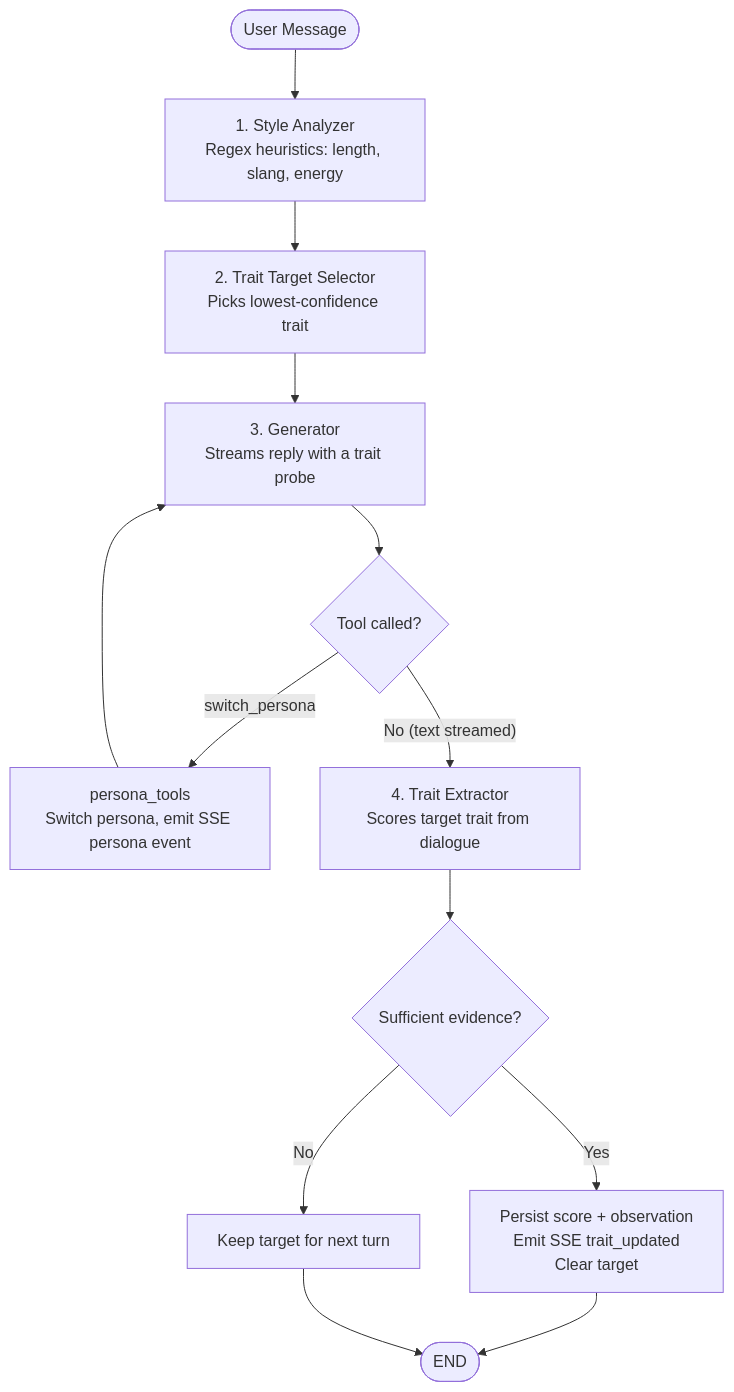
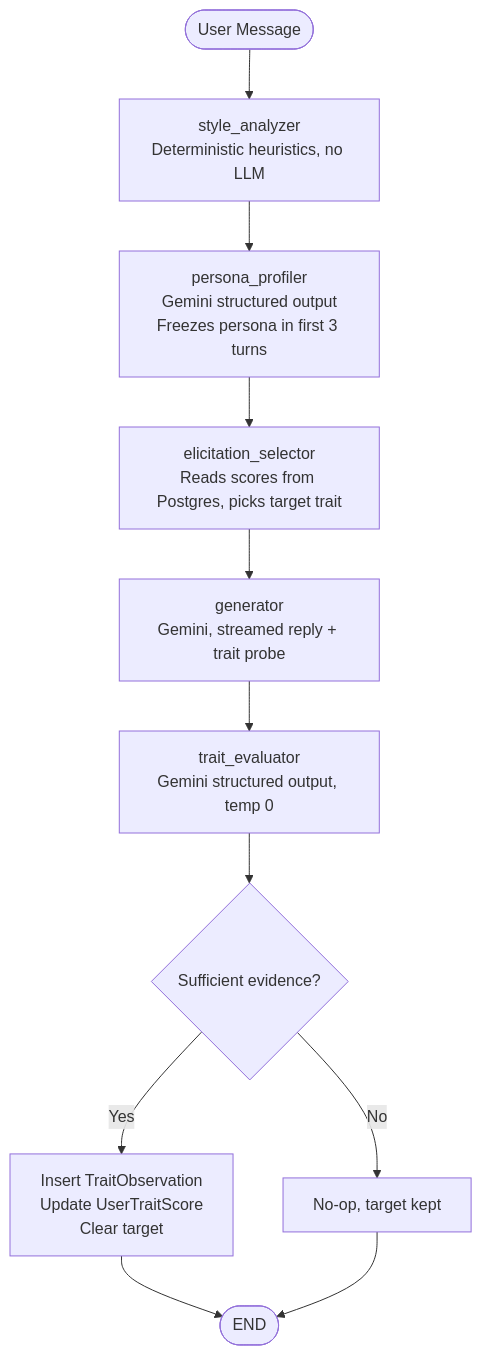
Before and after one commit to bharathraj-v/persona-agent: the diagram in README.md, drawn with Mermaid. The commit also changed other lines of this file and 11 other files, not shown here.

First line of the commit message:
feat(agent): add LLM persona_profiler node to freeze persona in first 3 turns

````diff
--- a/README.md
+++ b/README.md
@@ -13,19 +13,15 @@
 ```mermaid
 flowchart TD
-    START([User Message]) --> SA[1. Style Analyzer<br/>Regex heuristics: length, slang, energy]
-    SA --> TS[2. Trait Target Selector<br/>Picks lowest-confidence trait]
-    TS --> GEN[3. Generator<br/>Streams reply with a trait probe]
-
-    GEN --> ROUTE{Tool called?}
-    ROUTE -- "switch_persona" --> PT[persona_tools<br/>Switch persona, emit SSE persona event]
-    PT --> GEN
-
-    ROUTE -- "No (text streamed)" --> TE[4. Trait Extractor<br/>Scores target trait from dialogue]
+    START([User Message]) --> SA[style_analyzer<br/>Deterministic heuristics, no LLM]
+    SA --> PP[persona_profiler<br/>Gemini structured output<br/>Freezes persona in first 3 turns]
+    PP --> ES[elicitation_selector<br/>Reads scores from Postgres, picks target trait]
+    ES --> GEN[generator<br/>Gemini, streamed reply + trait probe]
+    GEN --> TE[trait_evaluator<br/>Gemini structured output, temp 0]
 
     TE --> EVAL{Sufficient evidence?}
-    EVAL -- Yes --> SAVE[Persist score + observation<br/>Emit SSE trait_updated<br/>Clear target]
-    EVAL -- No --> KEEP[Keep target for next turn]
+    EVAL -- Yes --> SAVE[Insert TraitObservation<br/>Update UserTraitScore<br/>Clear target]
+    EVAL -- No --> KEEP[No-op, target kept]
 
     SAVE --> END([END])
     KEEP --> END
 ```
````
